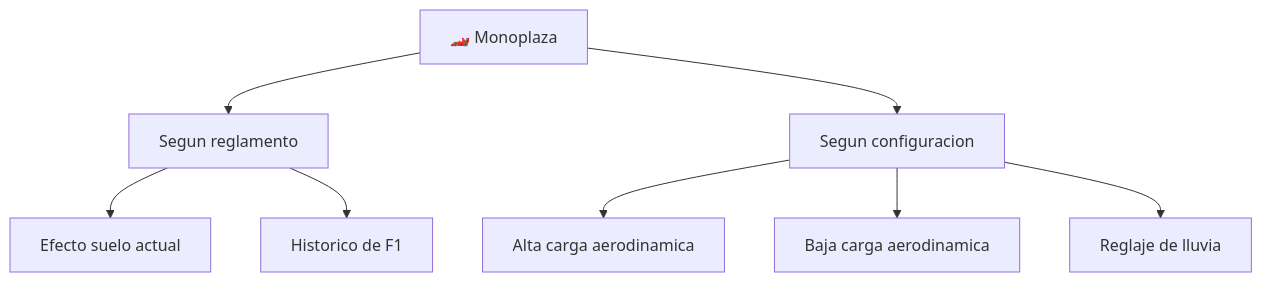
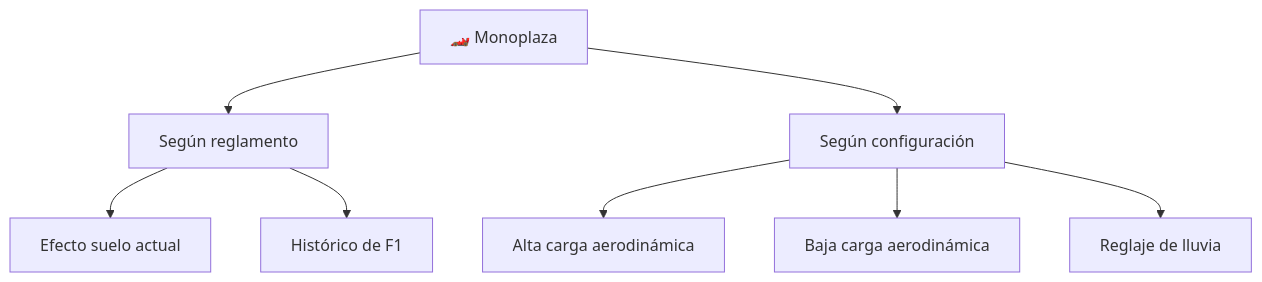
The diagram in vehiculos/formula-1/operacion/caracteristicas-formula-1.md (vladimiracunadev-create/machine-operator-program), drawn with Mermaid before and after one commit. The commit also changed other lines of this file and 442 other files, not shown here.

````diff
--- a/vehiculos/formula-1/operacion/caracteristicas-formula-1.md
+++ b/vehiculos/formula-1/operacion/caracteristicas-formula-1.md
@@ -34,10 +34,10 @@
 ```mermaid
 flowchart TD
-    F1[🏎️ Monoplaza] --> Reglamento[Segun reglamento]
-    F1 --> Config[Segun configuracion]
+    F1[🏎️ Monoplaza] --> Reglamento[Según reglamento]
+    F1 --> Config[Según configuración]
     Reglamento --> Actual[Efecto suelo actual]
-    Reglamento --> Historico[Historico de F1]
-    Config --> AltaCarga[Alta carga aerodinamica]
-    Config --> BajaCarga[Baja carga aerodinamica]
+    Reglamento --> Historico[Histórico de F1]
+    Config --> AltaCarga[Alta carga aerodinámica]
+    Config --> BajaCarga[Baja carga aerodinámica]
     Config --> Lluvia[Reglaje de lluvia]
 ```
````
